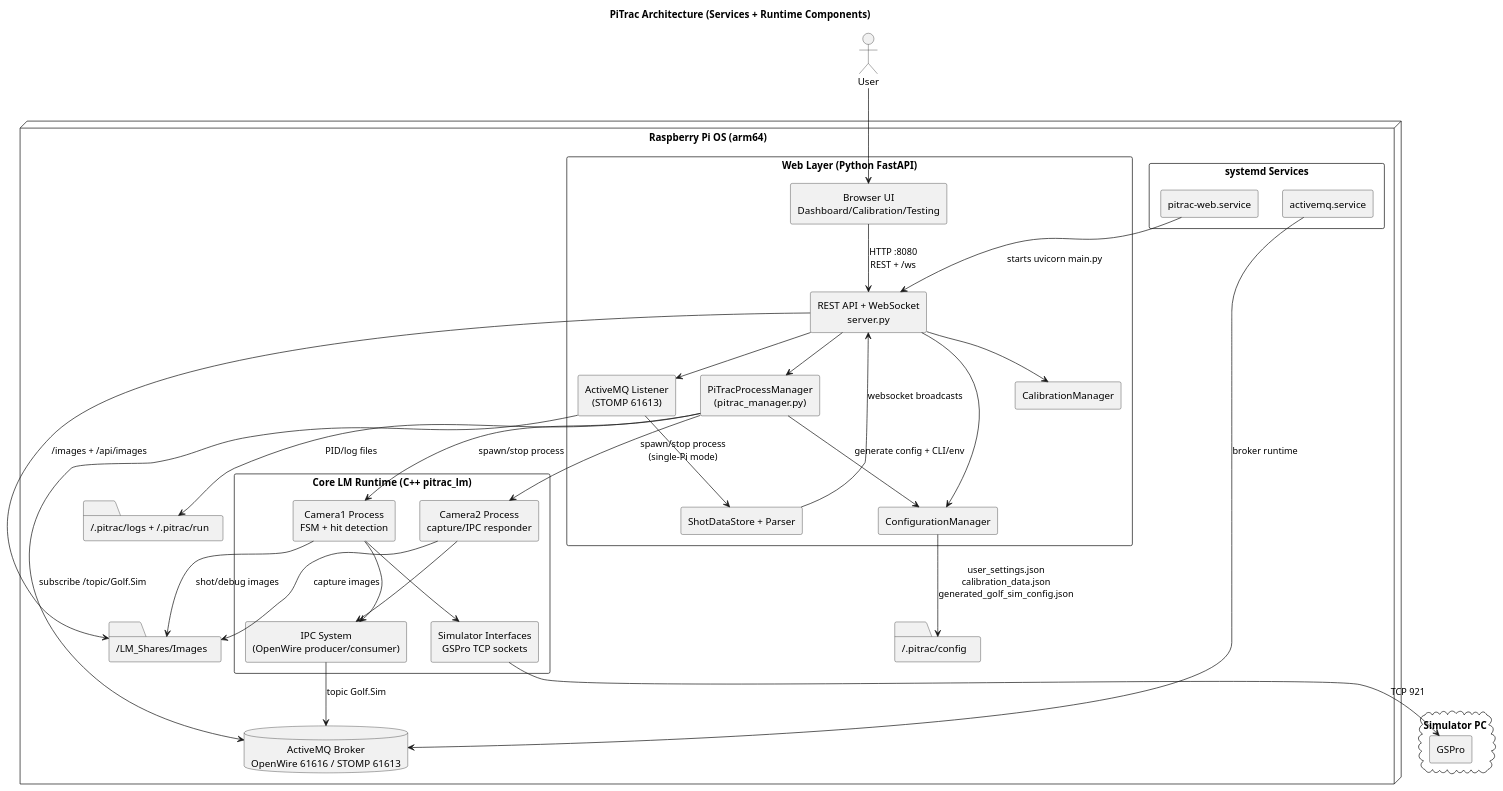
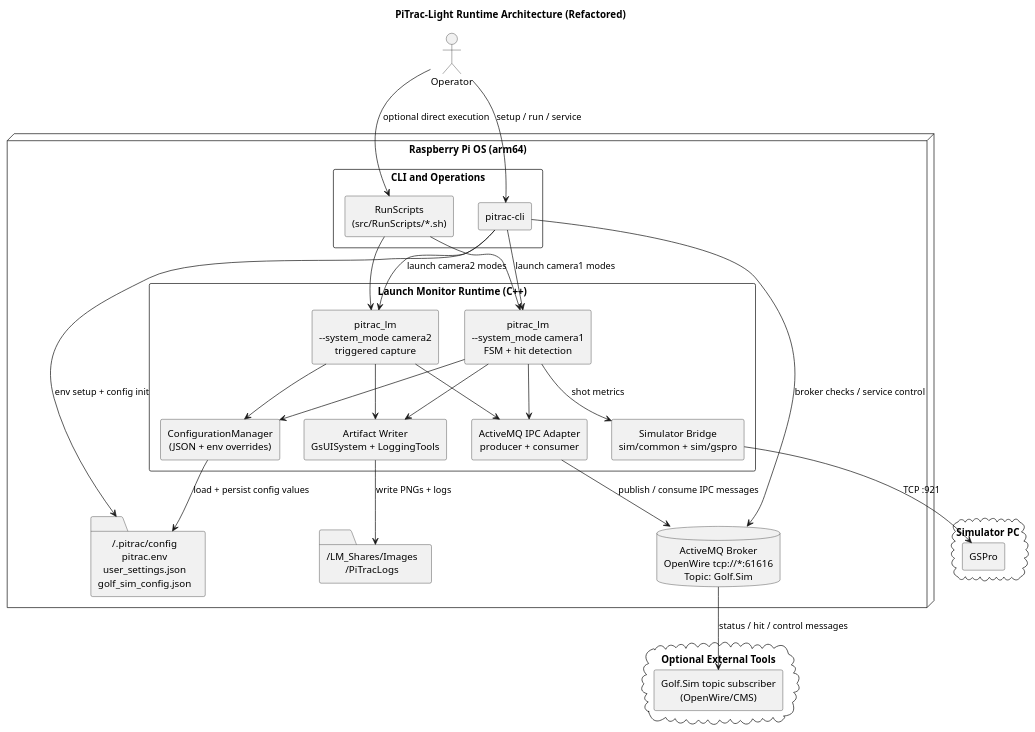
One commit to digitalhand/pitrac-light changed the diagram in assets/diagram/architecture-overview.puml. Above: the diagram before and after it, drawn with PlantUML. The commit also changed 70 other files, not shown here.

```diff
--- a/assets/diagram/architecture-overview.puml
+++ b/assets/diagram/architecture-overview.puml
@@ -1,78 +1,69 @@
 @startuml
-title PiTrac Architecture (Services + Runtime Components)
+title PiTrac-Light Runtime Architecture (Refactored)
 
 skinparam shadowing false
 skinparam backgroundColor white
 skinparam componentStyle rectangle
 skinparam packageStyle rectangle
 skinparam defaultTextAlignment center
 
-actor "User" as user
+actor "Operator" as user
 
 node "Raspberry Pi OS (arm64)" as pi {
-  package "systemd Services" {
-    [pitrac-web.service] as websvc
-    [activemq.service] as amqsvc
+  package "CLI and Operations" {
+    [pitrac-cli] as cli
+    [RunScripts\n(src/RunScripts/*.sh)] as scripts
   }
 
-  package "Web Layer (Python FastAPI)" as web {
-    [Browser UI\nDashboard/Calibration/Testing] as browser
-    [REST API + WebSocket\nserver.py] as api
-    [PiTracProcessManager\n(pitrac_manager.py)] as procman
-    [CalibrationManager] as calman
-    [ActiveMQ Listener\n(STOMP 61613)] as stlistener
-    [ShotDataStore + Parser] as datastore
-    [ConfigurationManager] as cfgman
+  package "Launch Monitor Runtime (C++)" {
+    [pitrac_lm\n--system_mode camera1\nFSM + hit detection] as cam1
+    [pitrac_lm\n--system_mode camera2\ntriggered capture] as cam2
+    [ConfigurationManager\n(JSON + env overrides)] as cfgmgr
+    [ActiveMQ IPC Adapter\nproducer + consumer] as ipc
+    [Simulator Bridge\nsim/common + sim/gspro] as sim
+    [Artifact Writer\nGsUISystem + LoggingTools] as artifactsvc
   }
 
-  package "Core LM Runtime (C++ pitrac_lm)" as lm {
-    [Camera1 Process\nFSM + hit detection] as cam1
-    [Camera2 Process\ncapture/IPC responder] as cam2
-    [IPC System\n(OpenWire producer/consumer)] as ipc
-    [Simulator Interfaces\nGSPro TCP sockets] as simsock
-  }
+  database "ActiveMQ Broker\nOpenWire tcp://*:61616\nTopic: Golf.Sim" as amq
 
-  database "ActiveMQ Broker\nOpenWire 61616 / STOMP 61613" as amq
-
-  folder "~/.pitrac/config" as cfgfiles
-  folder "~/.pitrac/logs + ~/.pitrac/run" as runtimedirs
-  folder "~/LM_Shares/Images" as images
+  folder "~/.pitrac/config\npitrac.env\nuser_settings.json\ngolf_sim_config.json" as cfg
+  folder "~/LM_Shares/Images\n~/PiTracLogs" as files
 }
 
 cloud "Simulator PC" as simpc {
   [GSPro] as gspro
 }
 
-user --> browser
-browser --> api : HTTP :8080\nREST + /ws
+cloud "Optional External Tools" as external {
+  [Golf.Sim topic subscriber\n(OpenWire/CMS)] as sub
+}
 
-websvc --> api : starts uvicorn main.py
-amqsvc --> amq : broker runtime
+user --> cli : setup / run / service
+user --> scripts : optional direct execution
 
-api --> procman
-api --> calman
-api --> cfgman
-api --> stlistener
-stlistener --> datastore
-datastore --> api : websocket broadcasts
+cli --> cfg : env setup + config init
+cli --> amq : broker checks / service control
+cli --> cam1 : launch camera1 modes
+cli --> cam2 : launch camera2 modes
 
-procman --> cam1 : spawn/stop process
-procman --> cam2 : spawn/stop process\n(single-Pi mode)
-procman --> cfgman : generate config + CLI/env
-procman --> runtimedirs : PID/log files
+scripts --> cam1
+scripts --> cam2
 
-cfgman --> cfgfiles : user_settings.json\ncalibration_data.json\ngenerated_golf_sim_config.json
+cam1 --> cfgmgr
+cam2 --> cfgmgr
+cfgmgr --> cfg : load + persist config values
 
 cam1 --> ipc
 cam2 --> ipc
-ipc --> amq : topic Golf.Sim
-stlistener --> amq : subscribe /topic/Golf.Sim
+ipc --> amq : publish / consume IPC messages
 
-cam1 --> simsock
-simsock --> gspro : TCP 921
+cam1 --> sim : shot metrics
+sim --> gspro : TCP :921
 
-cam1 --> images : shot/debug images
-cam2 --> images : capture images
-api --> images : /images + /api/images
+cam1 --> artifactsvc
+cam2 --> artifactsvc
+artifactsvc --> files : write PNGs + logs
+
+amq --> sub : status / hit / control messages
 
 @enduml
```
